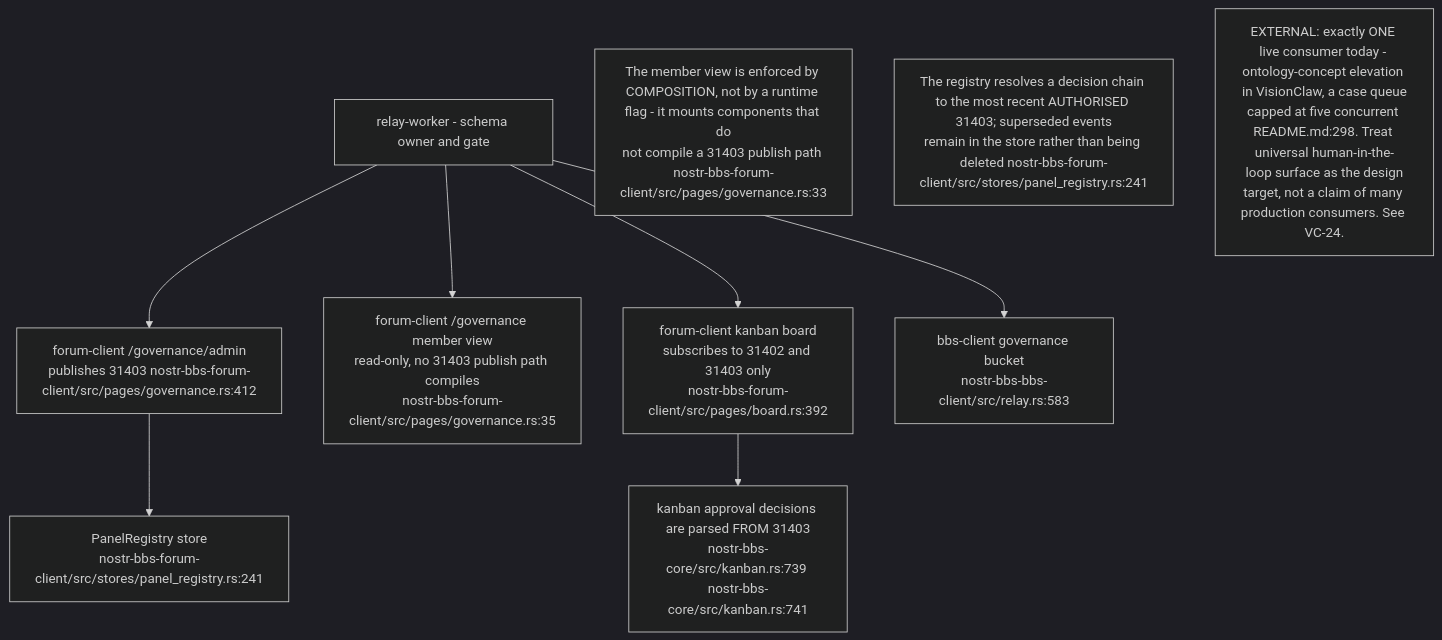
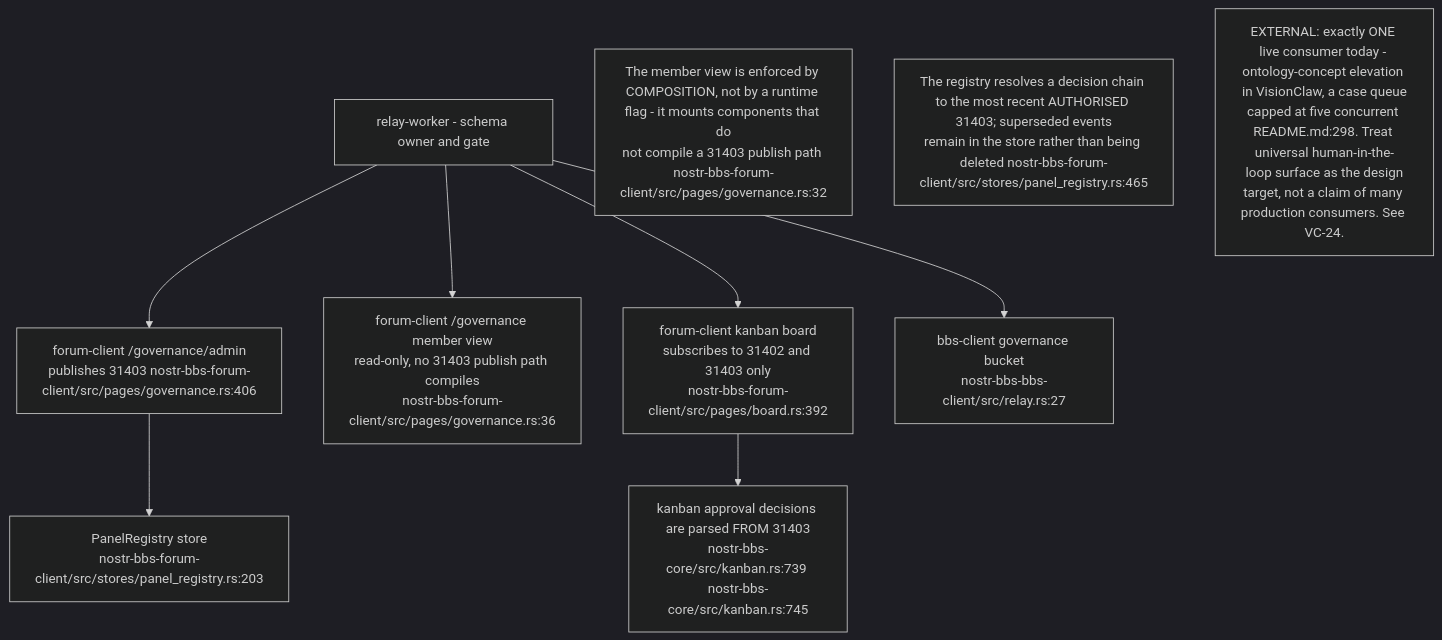
One commit to DreamLab-AI/VisionFlow changed the eighth of 14 diagrams in docs/diagrams/nostr-rust-forum/06-agent-control-surface-31400-31405.md. Above: the diagram before and after it, drawn with Mermaid (dark theme). The commit also changed other lines of this file and 136 other files, not shown here.

First line of the commit message:
docs(diagrams): refresh the whole corpus to code HEAD and prune low-value diagrams

````diff
--- a/docs/diagrams/nostr-rust-forum/06-agent-control-surface-31400-31405.md
+++ b/docs/diagrams/nostr-rust-forum/06-agent-control-surface-31400-31405.md
@@ -290,18 +241,18 @@
 ```mermaid
 flowchart TB
     RELAY["relay-worker - schema owner and gate"]
-    FCADMIN["forum-client /governance/admin<br/>publishes 31403 nostr-bbs-forum-client/src/pages/governance.rs:412"]
-    FCMEM["forum-client /governance member view<br/>read-only, no 31403 publish path compiles<br/>nostr-bbs-forum-client/src/pages/governance.rs:35"]
+    FCADMIN["forum-client /governance/admin<br/>publishes 31403 nostr-bbs-forum-client/src/pages/governance.rs:406"]
+    FCMEM["forum-client /governance member view<br/>read-only, no 31403 publish path compiles<br/>nostr-bbs-forum-client/src/pages/governance.rs:36"]
     BOARD["forum-client kanban board<br/>subscribes to 31402 and 31403 only<br/>nostr-bbs-forum-client/src/pages/board.rs:392"]
-    REG["PanelRegistry store<br/>nostr-bbs-forum-client/src/stores/panel_registry.rs:241"]
-    BBS["bbs-client governance bucket<br/>nostr-bbs-bbs-client/src/relay.rs:583"]
-    KAN["kanban approval decisions are parsed FROM 31403<br/>nostr-bbs-core/src/kanban.rs:739 nostr-bbs-core/src/kanban.rs:741"]
+    REG["PanelRegistry store<br/>nostr-bbs-forum-client/src/stores/panel_registry.rs:203"]
+    BBS["bbs-client governance bucket<br/>nostr-bbs-bbs-client/src/relay.rs:27"]
+    KAN["kanban approval decisions are parsed FROM 31403<br/>nostr-bbs-core/src/kanban.rs:739 nostr-bbs-core/src/kanban.rs:745"]
 
     RELAY --> FCADMIN & FCMEM & BOARD & BBS
     FCADMIN --> REG
     BOARD --> KAN
 
-    N1["The member view is enforced by COMPOSITION, not by a runtime flag - it mounts components that do<br/>not compile a 31403 publish path nostr-bbs-forum-client/src/pages/governance.rs:33"]
-    N2["The registry resolves a decision chain to the most recent AUTHORISED 31403; superseded events<br/>remain in the store rather than being deleted nostr-bbs-forum-client/src/stores/panel_registry.rs:241"]
+    N1["The member view is enforced by COMPOSITION, not by a runtime flag - it mounts components that do<br/>not compile a 31403 publish path nostr-bbs-forum-client/src/pages/governance.rs:32"]
+    N2["The registry resolves a decision chain to the most recent AUTHORISED 31403; superseded events<br/>remain in the store rather than being deleted nostr-bbs-forum-client/src/stores/panel_registry.rs:465"]
     N3["EXTERNAL: exactly ONE live consumer today - ontology-concept elevation in VisionClaw, a case queue<br/>capped at five concurrent README.md:298. Treat universal human-in-the-loop surface as the design<br/>target, not a claim of many production consumers. See VC-24."]
 ```
````
